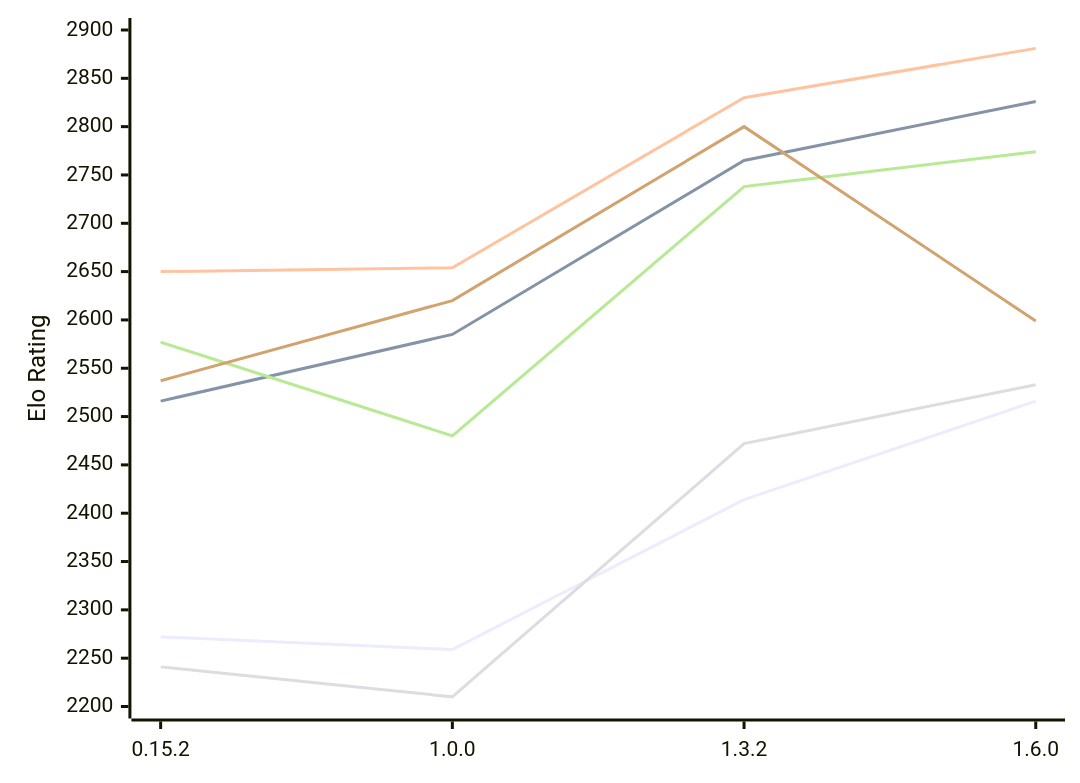
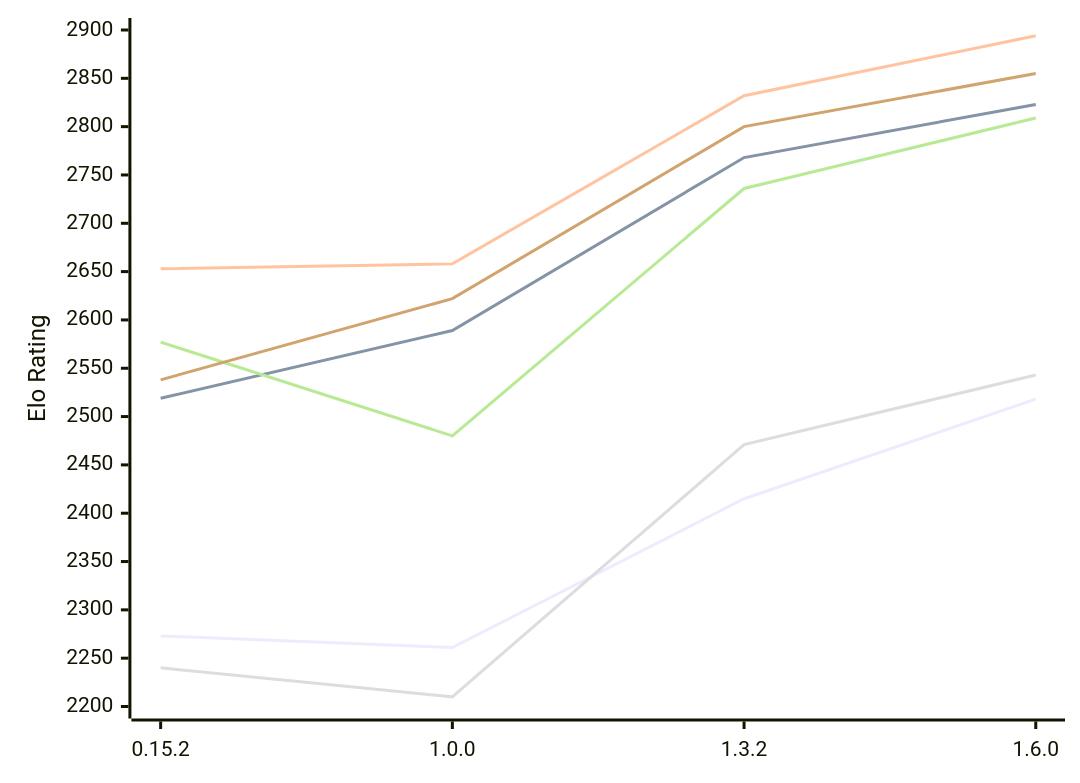
The diagram in engines/ElephantGambit.md (computer-chess-index/cci), drawn with Mermaid before and after one commit. The commit also changed other lines of this file, not shown here.

Commit message:
Update CCI Ratings (ELO VLTC) - 2026-11-22

````diff
--- a/engines/ElephantGambit.md
+++ b/engines/ElephantGambit.md
@@ -54,12 +54,12 @@
 ```mermaid
 %%{init: {"theme":"base","themeVariables":{"seriesColors:['#a3a3a3','#222221','#faa371']}}}%%
 xychart-beta
   x-axis ["0.15.2", "1.0.0", "1.3.2", "1.6.0"]
   y-axis "Elo Rating" 2200 --> 2900
-  line "E1: STC (8.0+0.08s)" [2272, 2259, 2414, 2516]
-  line "E1: LTC (60.0+0.60s)" [2516, 2585, 2765, 2826]
-  line "E1: VLTC (2m24s+1.12s)" [2650, 2654, 2830, 2881]
-  line "P1: STC (8.0+0.08s)" [2241, 2210, 2472, 2533]
-  line "P1: LTC (60.0+0.60s)" [2577, 2480, 2738, 2774]
-  line "P1: VLTC (2m24s+1.12s)" [2537, 2620, 2800, 2599]
+  line "E1: STC (8.0+0.08s)" [2273, 2261, 2415, 2518]
+  line "E1: LTC (60.0+0.60s)" [2519, 2589, 2768, 2823]
+  line "E1: VLTC (2m24s+1.12s)" [2653, 2658, 2832, 2894]
+  line "P1: STC (8.0+0.08s)" [2240, 2210, 2471, 2543]
+  line "P1: LTC (60.0+0.60s)" [2577, 2480, 2736, 2809]
+  line "P1: VLTC (2m24s+1.12s)" [2538, 2622, 2800, 2855]
 ```
````
